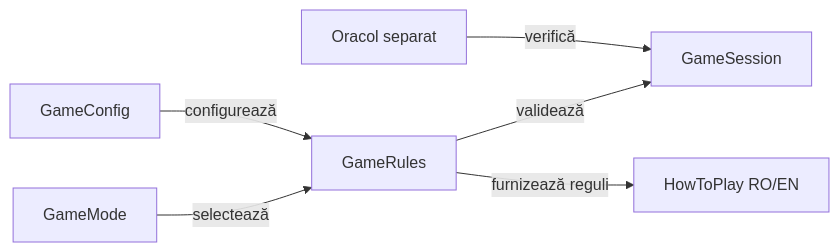
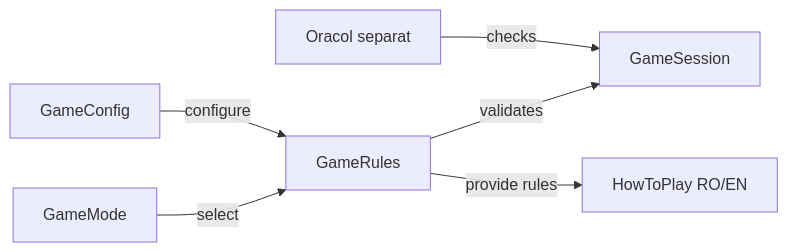
One commit to crististefanita/atf_j4 changed the diagram in docs/game/README.md. Above: the diagram before and after it, drawn with Mermaid. The commit also changed other lines of this file and 122 other files, not shown here.

````diff
--- a/docs/game/README.md
+++ b/docs/game/README.md
@@ -19,8 +19,8 @@
 ```mermaid
 flowchart LR
-    MODE[GameMode] -->|selectează| RULES[GameRules]
-    CONFIG[GameConfig] -->|configurează| RULES
-    RULES -->|validează| SESSION[GameSession]
-    RULES -->|furnizează reguli| HELP[HowToPlay RO/EN]
-    ORACLE[Oracol separat] -->|verifică| SESSION
+    MODE[GameMode] -->|select| RULES[GameRules]
+    CONFIG[GameConfig] -->|configure| RULES
+    RULES -->|validates| SESSION[GameSession]
+    RULES -->|provide rules| HELP[HowToPlay RO/EN]
+    ORACLE[Oracol separat] -->|checks| SESSION
 ```
````
